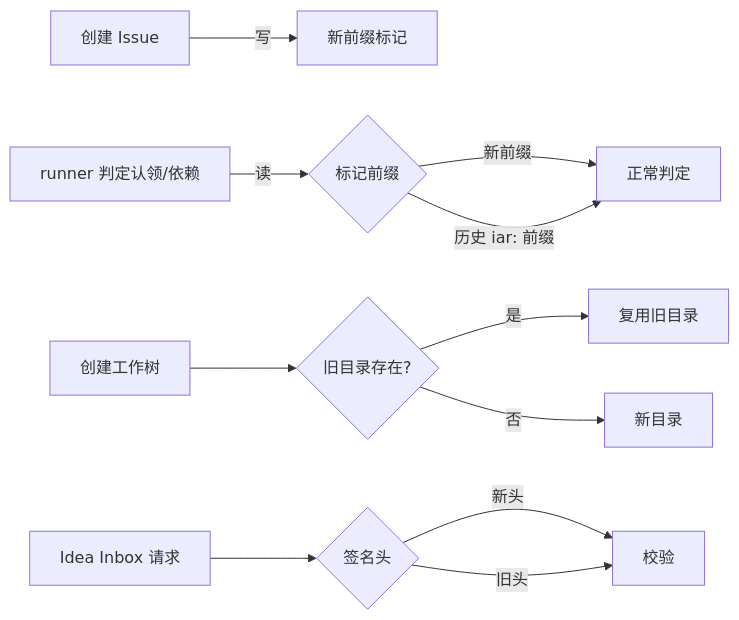
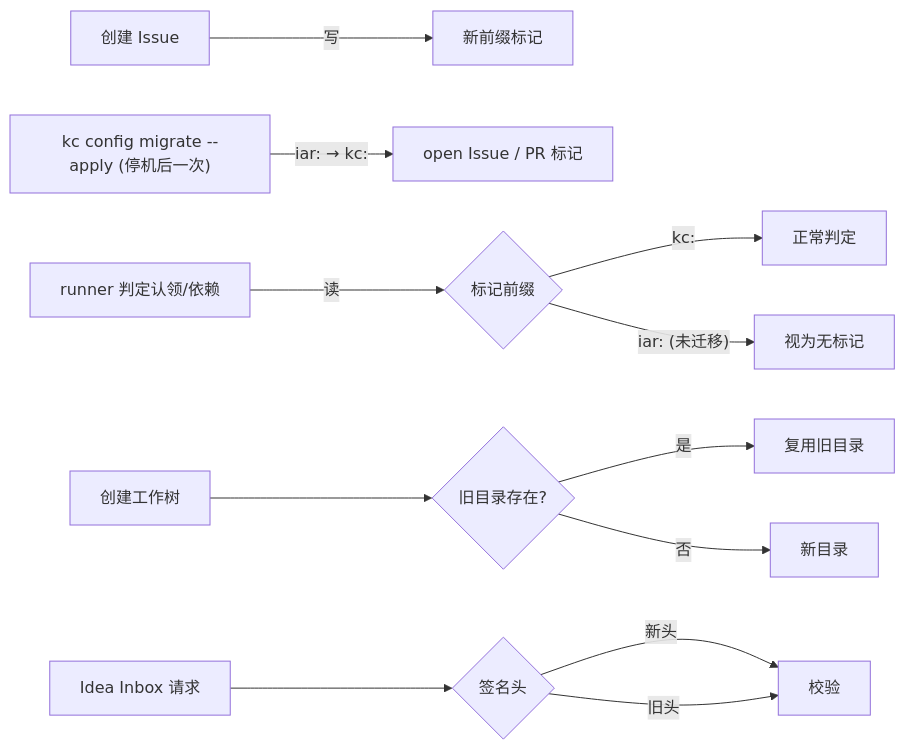
Before and after one commit to ZataZhang/keda: the diagram in tasks/pending/P1-REFACTOR-20261020-021715-purge-residual-iar-naming.md, drawn with Mermaid. The commit also changed other lines of this file and 1 other file, not shown here.

First line of the commit message:
docs(tasks): add cross-machine presence PRD, drop iar marker reads

````diff
--- a/tasks/pending/P1-REFACTOR-20261020-021715-purge-residual-iar-naming.md
+++ b/tasks/pending/P1-REFACTOR-20261020-021715-purge-residual-iar-naming.md
@@ -270,13 +300,14 @@
 ```mermaid
 flowchart LR
   A[创建 Issue] -->|写| B[新前缀标记]
+  M["kc config migrate --apply (停机后一次)"] -->|"iar: → kc:"| N[open Issue / PR 标记]
   C[runner 判定认领/依赖] -->|读| D{标记前缀}
-  D -->|新前缀| E[正常判定]
-  D -->|历史 iar: 前缀| E
+  D -->|"kc:"| E[正常判定]
+  D -->|"iar: (未迁移)"| X[视为无标记]
   F[创建工作树] --> G{旧目录存在?}
   G -->|是| H[复用旧目录]
   G -->|否| I[新目录]
   J[Idea Inbox 请求] --> K{签名头}
   K -->|新头| L[校验]
   K -->|旧头| L
 ```
````
